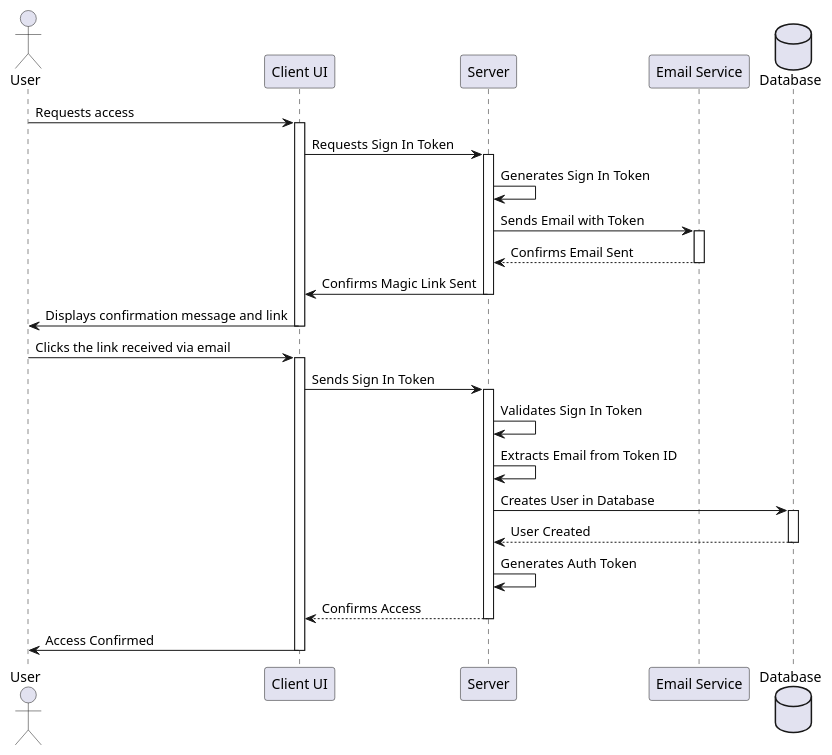
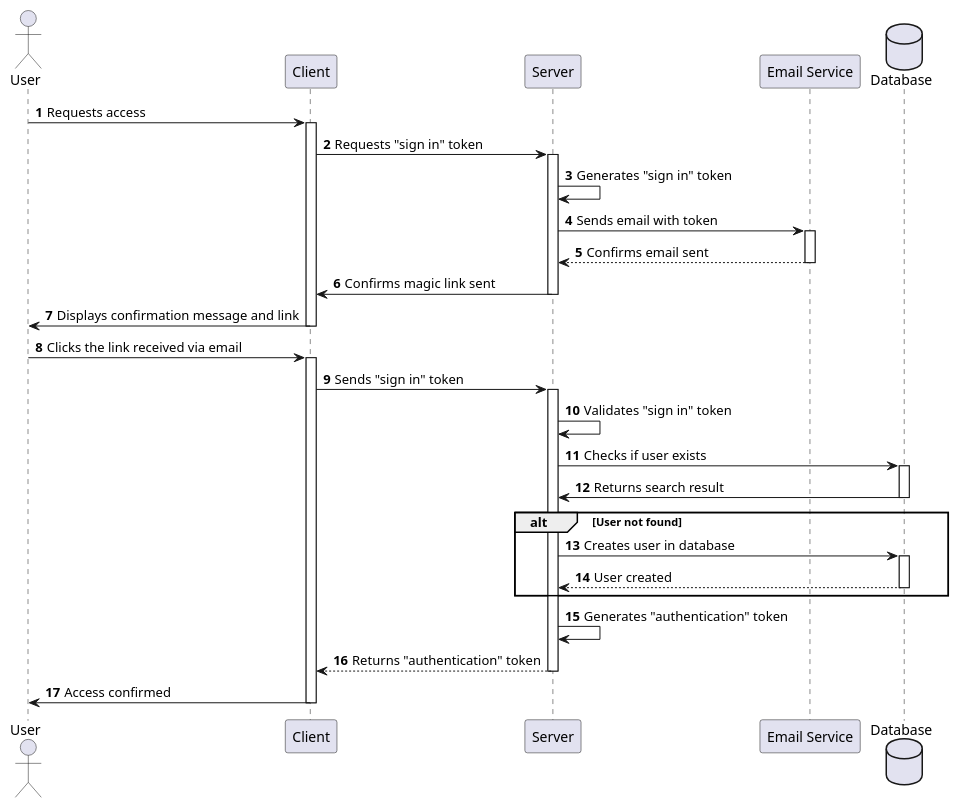
Before and after one commit to marcomoauro/magic-link-auth: the diagram in diagrams/sequence.puml, drawn with PlantUML. The commit also changed 1 other file, not shown here.

Commit message:
update sequence diagram

```diff
--- a/diagrams/sequence.puml
+++ b/diagrams/sequence.puml
@@ -1,38 +1,45 @@
 @startuml
 actor User
-participant "Client UI" as Client
+participant "Client" as Client
 participant "Server" as Server
 participant "Email Service" as EmailService
 database "Database" as Database
 
+autonumber
+
 User -> Client: Requests access
 activate Client
-Client -> Server: Requests Sign In Token
+Client -> Server: Requests "sign in" token
 activate Server
-Server -> Server: Generates Sign In Token
-Server -> EmailService: Sends Email with Token
+Server -> Server: Generates "sign in" token
+Server -> EmailService: Sends email with token
 activate EmailService
-EmailService --> Server: Confirms Email Sent
+EmailService --> Server: Confirms email sent
 deactivate EmailService
-Server -> Client: Confirms Magic Link Sent
+Server -> Client: Confirms magic link sent
 deactivate Server
 Client -> User: Displays confirmation message and link
 deactivate Client
 
 User -> Client: Clicks the link received via email
 activate Client
-Client -> Server: Sends Sign In Token
+Client -> Server: Sends "sign in" token
 activate Server
-Server -> Server: Validates Sign In Token
-Server -> Server: Extracts Email from Token ID
-Server -> Database: Creates User in Database
+Server -> Server: Validates "sign in" token
+Server -> Database: Checks if user exists
 activate Database
-Database --> Server: User Created
+Database -> Server: Returns search result
 deactivate Database
-Server -> Server: Generates Auth Token
-Server --> Client: Confirms Access
+alt User not found
+Server -> Database: Creates user in database
+activate Database
+Database --> Server: User created
+deactivate Database
+end
+Server -> Server: Generates "authentication" token
+Server --> Client: Returns "authentication" token
 deactivate Server
-Client -> User: Access Confirmed
+Client -> User: Access confirmed
 deactivate Client
 
 @enduml
```
